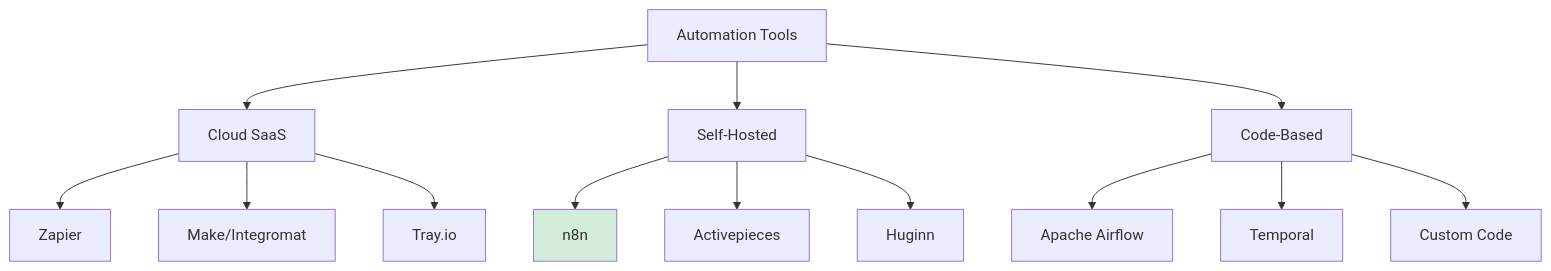
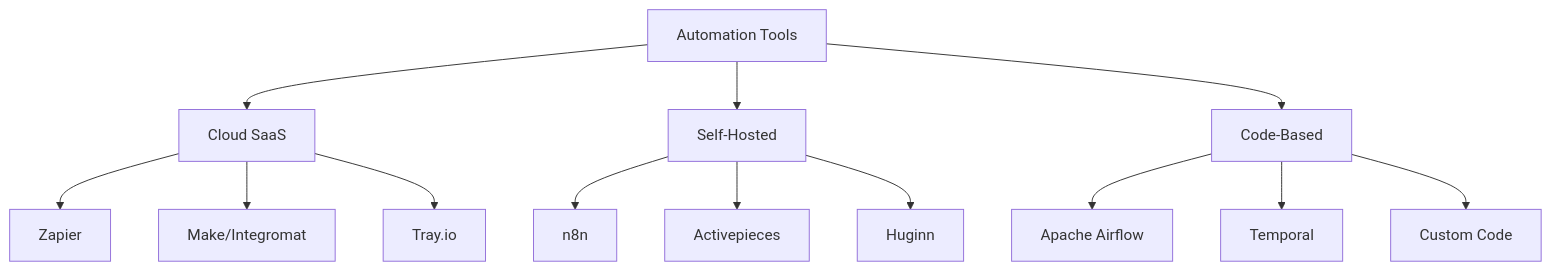
Before and after one commit to wtoloza-dev/ZTH-n8n-Engineer: the first of 5 diagrams in lessons/01-foundations/resources/tool-comparison.md, drawn with Mermaid. The commit also changed other lines of this file and 31 other files, not shown here.

````diff
--- a/lessons/01-foundations/resources/tool-comparison.md
+++ b/lessons/01-foundations/resources/tool-comparison.md
@@ -9,20 +9,19 @@
 ```mermaid
 graph TD
     A[Automation Tools] --> B[Cloud SaaS]
     A --> C[Self-Hosted]
     A --> D[Code-Based]
     
     B --> B1[Zapier]
     B --> B2[Make/Integromat]
     B --> B3[Tray.io]
     
     C --> C1[n8n]
     C --> C2[Activepieces]
     C --> C3[Huginn]
     
     D --> D1[Apache Airflow]
     D --> D2[Temporal]
     D --> D3[Custom Code]
     
-    style C1 fill:#d4edda
 ```
````
